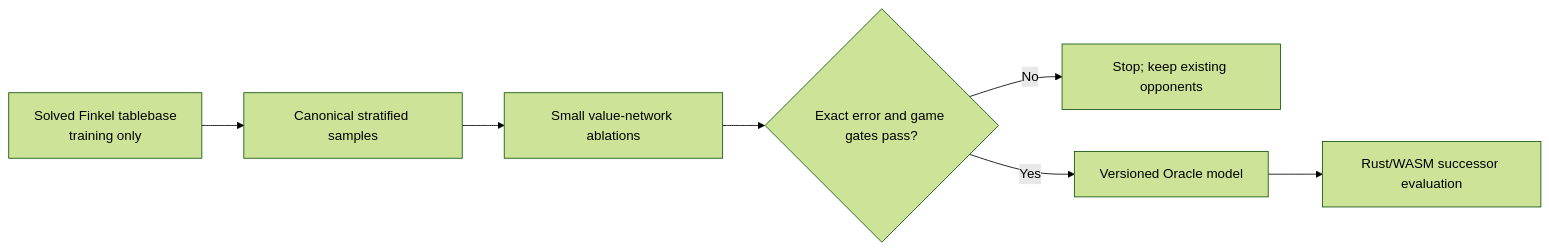
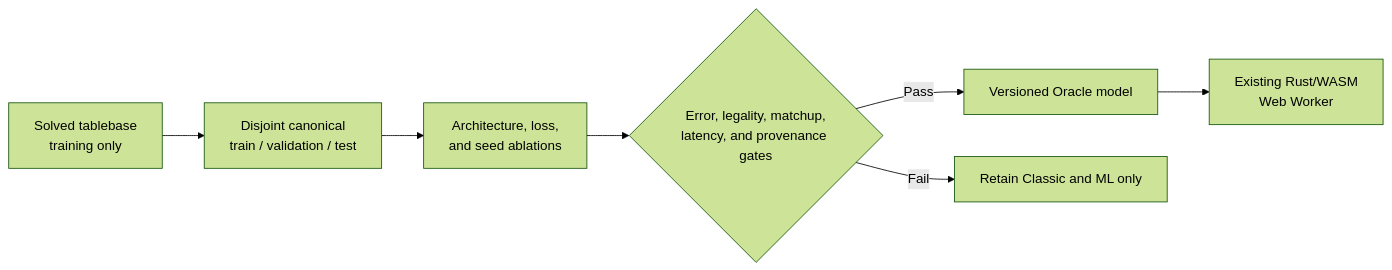
One commit to tre-systems/rgou-cloudflare changed the diagram in docs/ORACLE-AI.md. Above: the diagram before and after it, drawn with Mermaid (forest theme). The commit also changed other lines of this file and 45 other files, not shown here.

Commit message:
Ship solved-game Oracle AI opponent

````diff
--- a/docs/ORACLE-AI.md
+++ b/docs/ORACLE-AI.md
@@ -15,9 +19,9 @@
 ```mermaid
 flowchart LR
-    Tablebase["Solved Finkel tablebase<br/>training only"] --> Sample["Canonical stratified samples"]
-    Sample --> Train["Small value-network ablations"]
-    Train --> Gate{"Exact error and game gates pass?"}
-    Gate -->|No| Stop["Stop; keep existing opponents"]
-    Gate -->|Yes| Model["Versioned Oracle model"]
-    Model --> WASM["Rust/WASM successor evaluation"]
+    Tablebase["Solved tablebase<br/>training only"] --> Sample["Disjoint canonical<br/>train / validation / test"]
+    Sample --> Ablate["Architecture, loss,<br/>and seed ablations"]
+    Ablate --> Gate{"Error, legality, matchup,<br/>latency, and provenance gates"}
+    Gate -->|Pass| Model["Versioned Oracle model"]
+    Model --> Worker["Existing Rust/WASM<br/>Web Worker"]
+    Gate -->|Fail| Retain["Retain Classic and ML only"]
 ```
````
